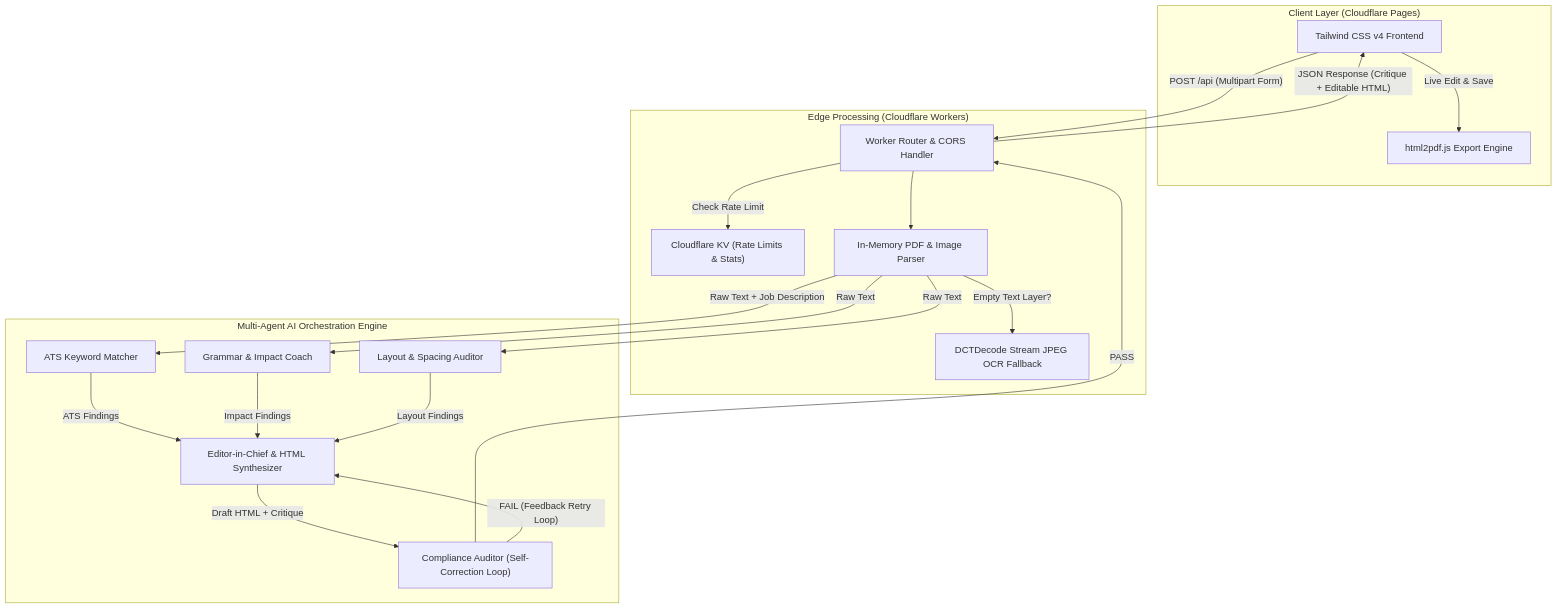
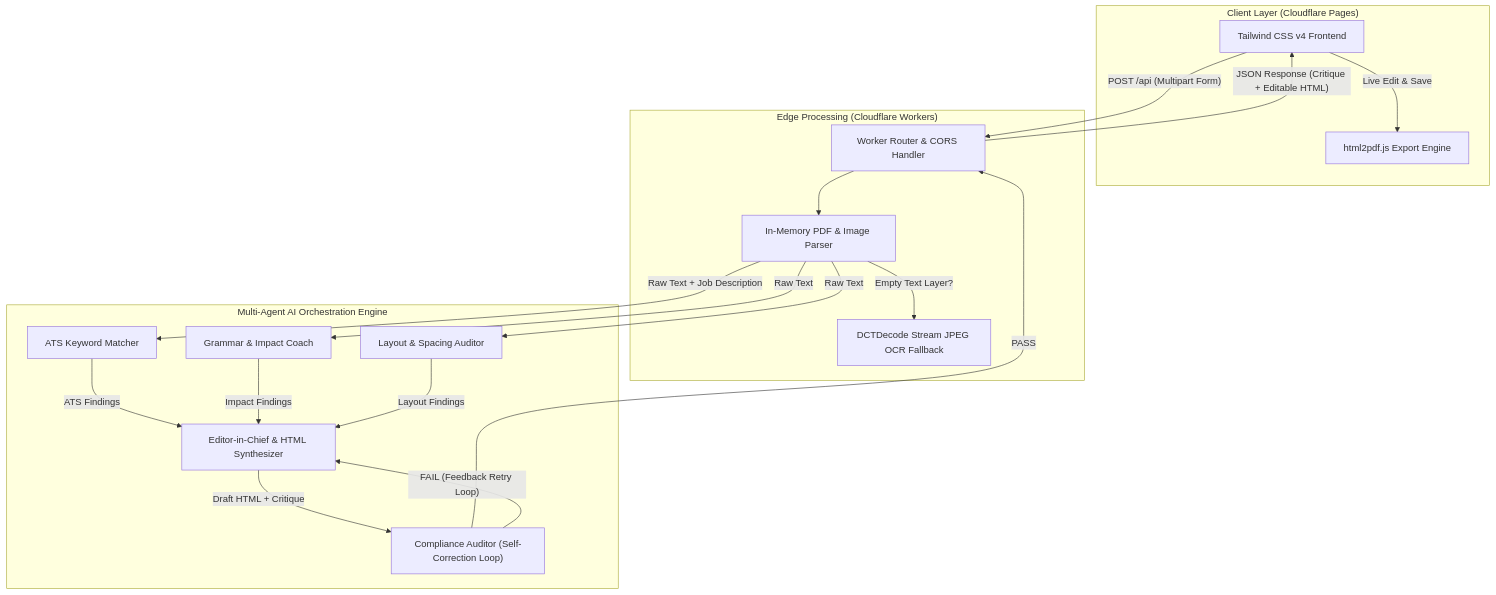
One commit to superjeffc/ai changed the diagram in README.md. Above: the diagram before and after it, drawn with Mermaid. The commit also changed other lines of this file and 5 other files, not shown here.

````diff
--- a/README.md
+++ b/README.md
@@ -33,41 +33,39 @@
 ```mermaid
 flowchart TD
     subgraph Client ["Client Layer (Cloudflare Pages)"]
         UI["Tailwind CSS v4 Frontend"]
         PDF_EXPORT["html2pdf.js Export Engine"]
     end
 
     subgraph Edge ["Edge Processing (Cloudflare Workers)"]
         ROUTER["Worker Router & CORS Handler"]
-        KV["Cloudflare KV (Rate Limits & Stats)"]
         INGESTION["In-Memory PDF & Image Parser"]
         OCR_FALLBACK["DCTDecode Stream JPEG OCR Fallback"]
     end
 
     subgraph MultiAgent ["Multi-Agent AI Orchestration Engine"]
         ATS_AGENT["ATS Keyword Matcher"]
         GRAMMAR_AGENT["Grammar & Impact Coach"]
         LAYOUT_AGENT["Layout & Spacing Auditor"]
         EDITOR_AGENT["Editor-in-Chief & HTML Synthesizer"]
         VALIDATOR["Compliance Auditor (Self-Correction Loop)"]
     end
 
     UI -->|"POST /api (Multipart Form)"| ROUTER
-    ROUTER -->|"Check Rate Limit"| KV
     ROUTER --> INGESTION
     INGESTION -->|"Empty Text Layer?"| OCR_FALLBACK
     INGESTION -->|"Raw Text + Job Description"| ATS_AGENT
     INGESTION -->|"Raw Text"| GRAMMAR_AGENT
     INGESTION -->|"Raw Text"| LAYOUT_AGENT
 
     ATS_AGENT -->|"ATS Findings"| EDITOR_AGENT
     GRAMMAR_AGENT -->|"Impact Findings"| EDITOR_AGENT
     LAYOUT_AGENT -->|"Layout Findings"| EDITOR_AGENT
 
     EDITOR_AGENT -->|"Draft HTML + Critique"| VALIDATOR
     VALIDATOR -->|"PASS"| ROUTER
     VALIDATOR -->|"FAIL (Feedback Retry Loop)"| EDITOR_AGENT
 
     ROUTER -->|"JSON Response (Critique + Editable HTML)"| UI
     UI -->|"Live Edit & Save"| PDF_EXPORT
 ```
````
